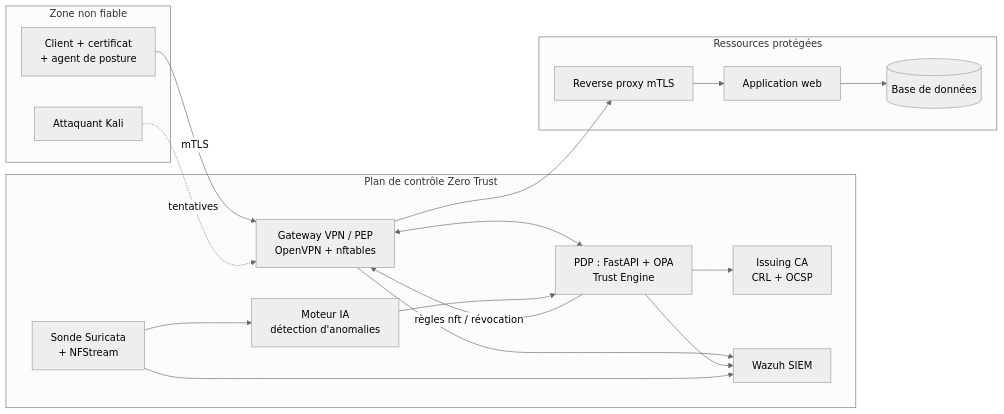
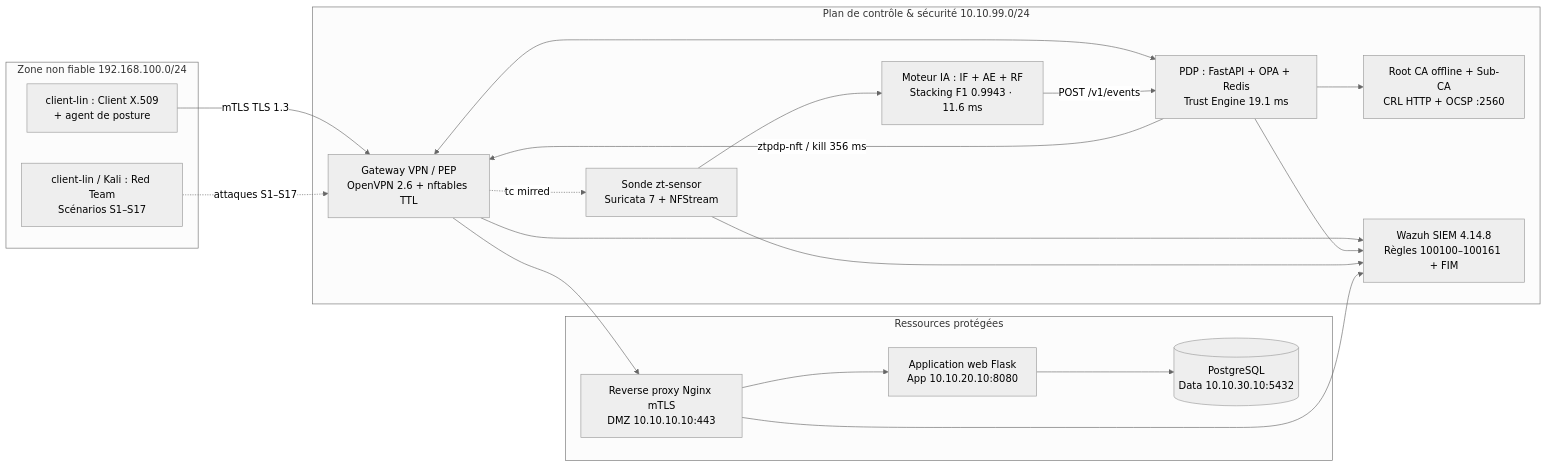
The diagram in README.md (Ahmed1-Rebai/ZT-PKI-AI), drawn with Mermaid (neutral theme) before and after one commit. The commit also changed other lines of this file and 25 other files, not shown here.

````diff
--- a/README.md
+++ b/README.md
@@ -33,28 +33,29 @@
 ```mermaid
 flowchart LR
-  subgraph UNTRUSTED[Zone non fiable]
-    C[Client + certificat<br/>+ agent de posture]
-    A[Attaquant Kali]
+  subgraph UNTRUSTED[Zone non fiable 192.168.100.0/24]
+    C[client-lin : Client X.509<br/>+ agent de posture]
+    A[client-lin / Kali : Red Team<br/>Scénarios S1–S17]
   end
-  subgraph CORE[Plan de contrôle Zero Trust]
-    GW[Gateway VPN / PEP<br/>OpenVPN + nftables]
-    PDP[PDP : FastAPI + OPA<br/>Trust Engine]
-    CA[Issuing CA<br/>CRL + OCSP]
-    AI[Moteur IA<br/>détection d'anomalies]
-    SENS[Sonde Suricata<br/>+ NFStream]
-    SIEM[Wazuh SIEM]
+  subgraph CORE[Plan de contrôle & sécurité 10.10.99.0/24]
+    GW[Gateway VPN / PEP<br/>OpenVPN 2.6 + nftables TTL]
+    PDP[PDP : FastAPI + OPA + Redis<br/>Trust Engine 19.1 ms]
+    CA[Root CA offline + Sub-CA<br/>CRL HTTP + OCSP :2560]
+    SENS[Sonde zt-sensor<br/>Suricata 7 + NFStream]
+    AI[Moteur IA : IF + AE + RF<br/>Stacking F1 0.9943 · 11.6 ms]
+    SIEM[Wazuh SIEM 4.14.8<br/>Règles 100100–100161 + FIM]
   end
   subgraph RES[Ressources protégées]
-    PX[Reverse proxy mTLS]
-    APP[Application web]
-    DB[(Base de données)]
+    PX[Reverse proxy Nginx mTLS<br/>DMZ 10.10.10.10:443]
+    APP[Application web Flask<br/>App 10.10.20.10:8080]
+    DB[(PostgreSQL<br/>Data 10.10.30.10:5432)]
   end
-  C -- mTLS --> GW
-  A -. tentatives .-> GW
+  C -- mTLS TLS 1.3 --> GW
+  A -. attaques S1–S17 .-> GW
   GW <--> PDP
   PDP --> CA
   GW --> PX --> APP --> DB
-  SENS --> AI --> PDP
-  PDP -- règles nft / révocation --> GW
-  GW & PDP & SENS --> SIEM
+  GW -. tc mirred .-> SENS --> AI
+  AI -- POST /v1/events --> PDP
+  PDP -- ztpdp-nft / kill 356 ms --> GW
+  GW & PDP & SENS & PX --> SIEM
 ```
````
